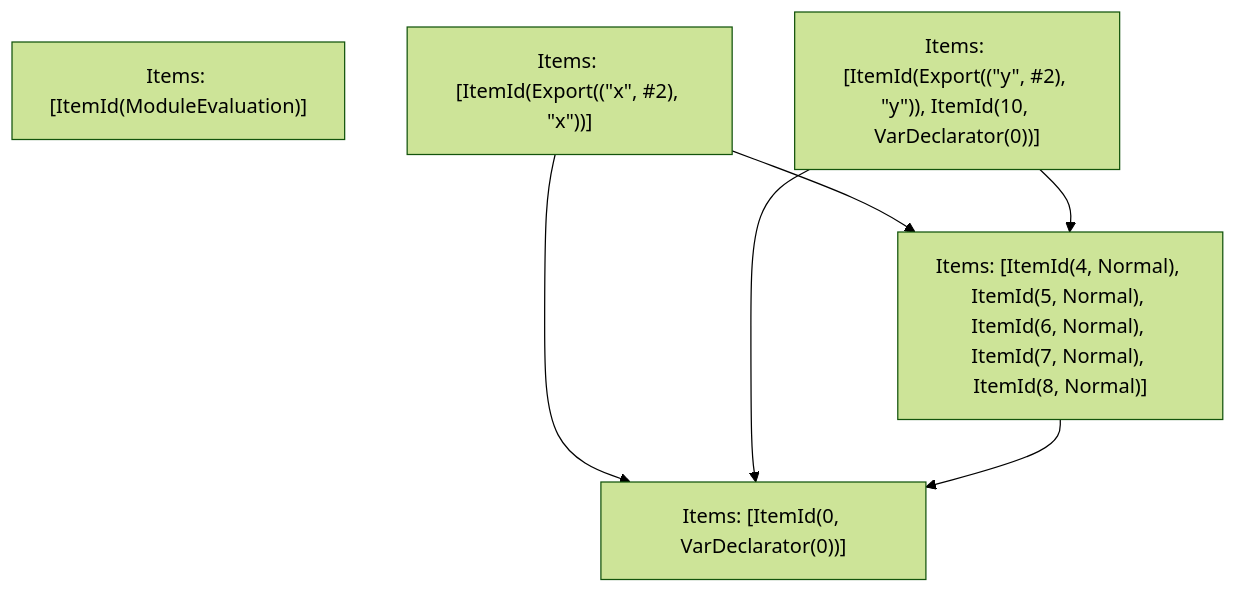
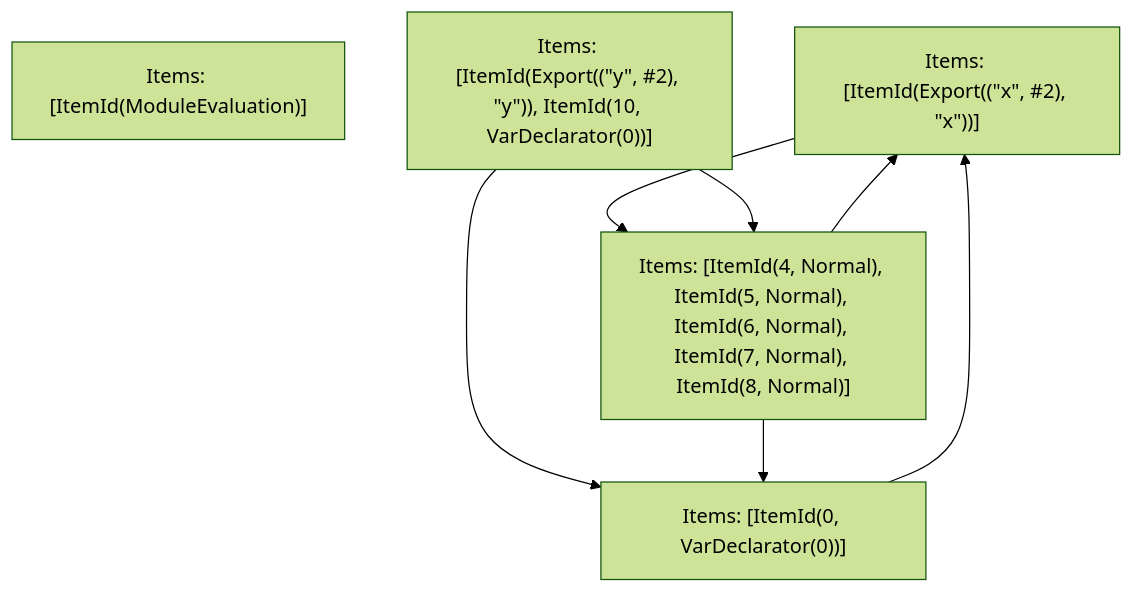
One commit to vercel/turborepo changed the fifth of 5 diagrams in crates/turbopack-ecmascript/tests/tree-shaker/analyzer/grouping/output.md. Above: the diagram before and after it, drawn with Mermaid (forest theme). The commit also changed other lines of this file and 24 other files, not shown here.

````diff
--- a/crates/turbopack-ecmascript/tests/tree-shaker/analyzer/grouping/output.md
+++ b/crates/turbopack-ecmascript/tests/tree-shaker/analyzer/grouping/output.md
@@ -234,13 +257,14 @@
 ```mermaid
 graph TD
     N0["Items: [ItemId(ModuleEvaluation)]"];
     N1["Items: [ItemId(Export((&quot;x&quot;, #2), &quot;x&quot;))]"];
     N2["Items: [ItemId(Export((&quot;y&quot;, #2), &quot;y&quot;)), ItemId(10, VarDeclarator(0))]"];
     N3["Items: [ItemId(0, VarDeclarator(0))]"];
     N4["Items: [ItemId(4, Normal), ItemId(5, Normal), ItemId(6, Normal), ItemId(7, Normal), ItemId(8, Normal)]"];
     N1 --> N4;
-    N1 --> N3;
     N2 --> N4;
     N2 --> N3;
+    N3 --> N1;
+    N4 --> N1;
     N4 --> N3;
 ```
````
